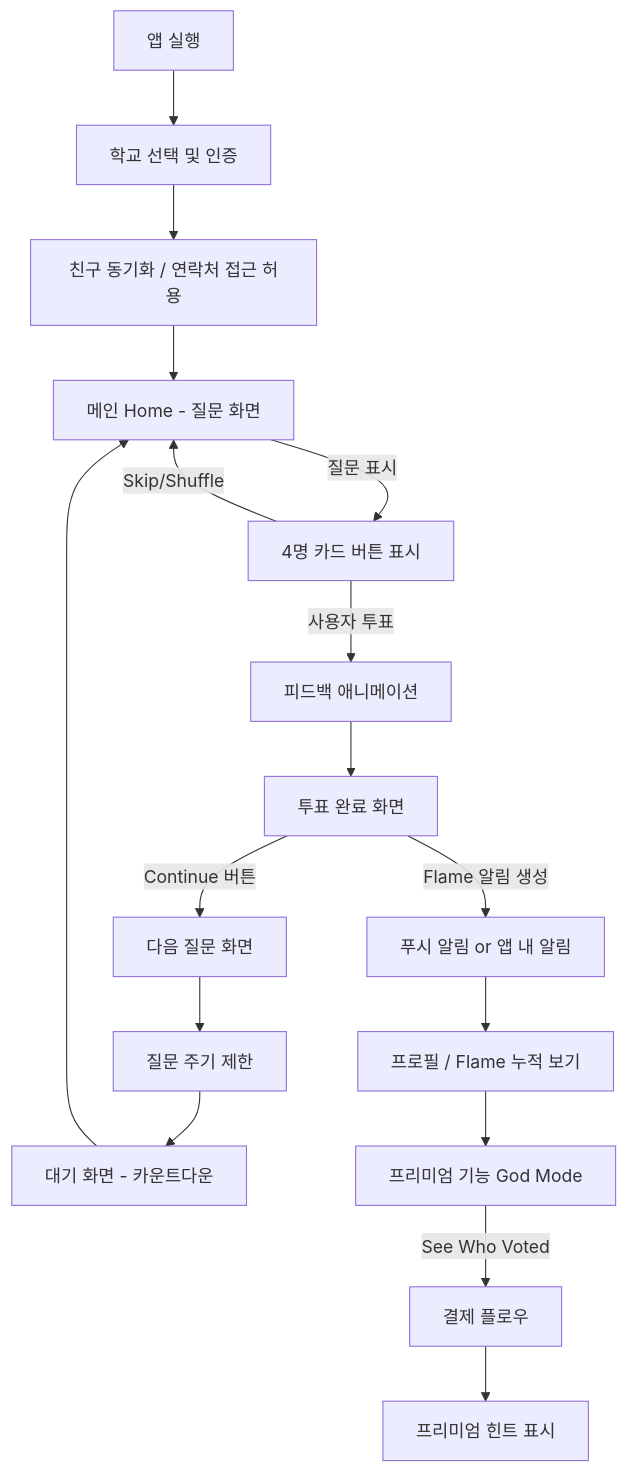
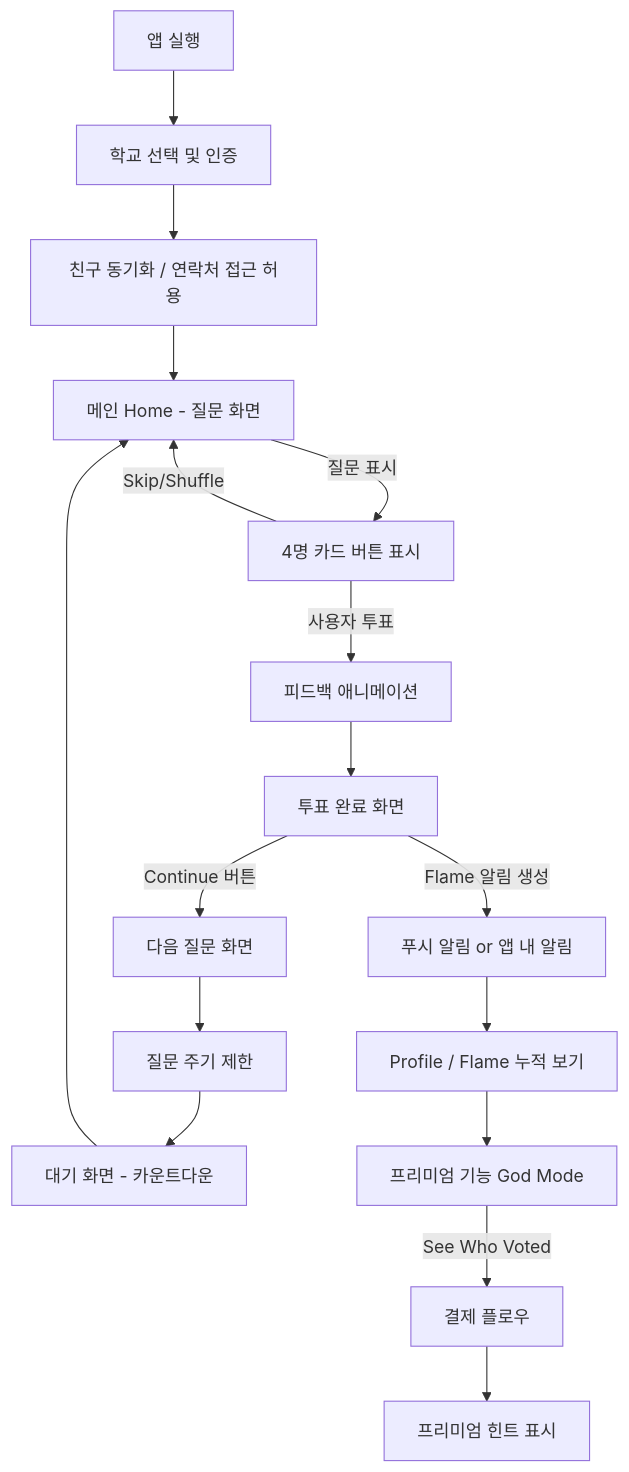
One commit to frontdoorrr/circlyapp changed the diagram in prd/research/gas-app-analysis.md. Above: the diagram before and after it, drawn with Mermaid. The commit also changed 35 other files, not shown here.

First line of the commit message:
refactor: 프로필 → Profile 용어 통일

````diff
--- a/prd/research/gas-app-analysis.md
+++ b/prd/research/gas-app-analysis.md
@@ -198,23 +198,23 @@
 ```mermaid
 flowchart TD
     A[앱 실행] --> B[학교 선택 및 인증]
     B --> C[친구 동기화 / 연락처 접근 허용]
     C --> D[메인 Home - 질문 화면]
 
     D -->|질문 표시| E[4명 카드 버튼 표시]
     E -->|사용자 투표| F[피드백 애니메이션]
     E -->|Skip/Shuffle| D
 
     F --> G[투표 완료 화면]
     G -->|Flame 알림 생성| H[푸시 알림 or 앱 내 알림]
     G -->|Continue 버튼| D2[다음 질문 화면]
 
     D2 --> I[질문 주기 제한]
     I --> J[대기 화면 - 카운트다운]
     J --> D
 
-    H --> K[프로필 / Flame 누적 보기]
+    H --> K[Profile / Flame 누적 보기]
     K --> L[프리미엄 기능 God Mode]
     L -->|See Who Voted| M[결제 플로우]
     M --> L2[프리미엄 힌트 표시]
 ```
````
